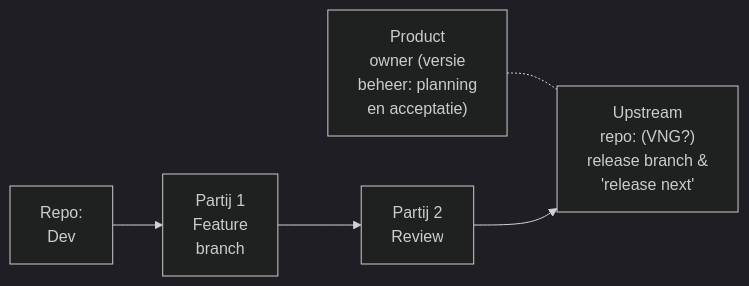
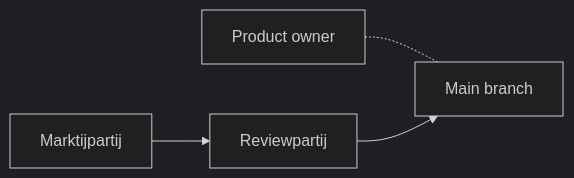
The second of 3 diagrams in docs/inkoop-richtlijnen-OpenZaak.md (open-zaak/samenwerken), drawn with Mermaid (dark theme) before and after one commit. The commit also changed other lines of this file, not shown here.

Commit message:
updates ecosystem diagrams

````diff
--- a/docs/inkoop-richtlijnen-OpenZaak.md
+++ b/docs/inkoop-richtlijnen-OpenZaak.md
@@ -39,15 +37,13 @@
 ```mermaid
 graph LR
     %% Nodes
-    Dev1["Repo:<br/>Dev"]
-    FeatP1["Partij 1<br/>Feature<br/>branch"]
-    ReviewP2["Partij 2<br/>Review"]
-    Upstream["Upstream<br/>repo: (VNG?)<br/>release branch &<br/>'release next'"]
-    PO["Product<br/>owner (versie<br/>beheer: planning<br/>en acceptatie)"]
+    Dev1["Marktijpartij"]
+    ReviewP2["Reviewpartij"]
+    Upstream["Main branch"]
+    PO["Product owner"]
 
     %% Connections
     PO -.- Upstream
-    Dev1 --> FeatP1
-    FeatP1 --> ReviewP2
+    Dev1 --> ReviewP2
     ReviewP2 --> Upstream
 ```
````
